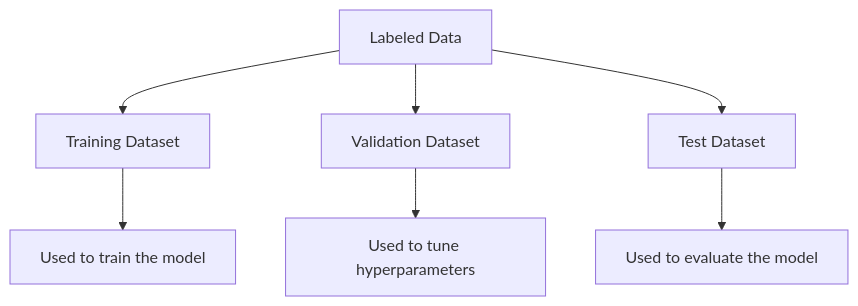
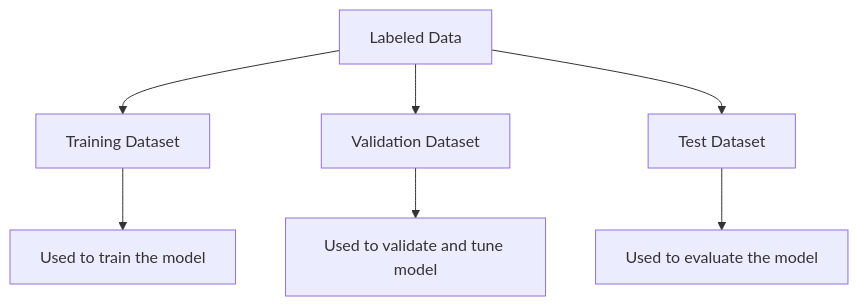
The diagram in content/03_module/02_dataset_prep.md (MichaelAkridge-NOAA/ai4me-cookbook), drawn with Mermaid before and after one commit. The commit also changed other lines of this file and 1 other file, not shown here.

````diff
--- a/content/03_module/02_dataset_prep.md
+++ b/content/03_module/02_dataset_prep.md
@@ -24,10 +23,10 @@
 ```{mermaid}
 graph TD;
     A[Labeled Data] --> B[Training Dataset]
     A --> C[Validation Dataset]
     A --> D[Test Dataset]
     
     B --> E[Used to train the model]
-    C --> F[Used to tune hyperparameters]
+    C --> F[Used to validate and tune model]
     D --> G[Used to evaluate the model]
 ```
````
